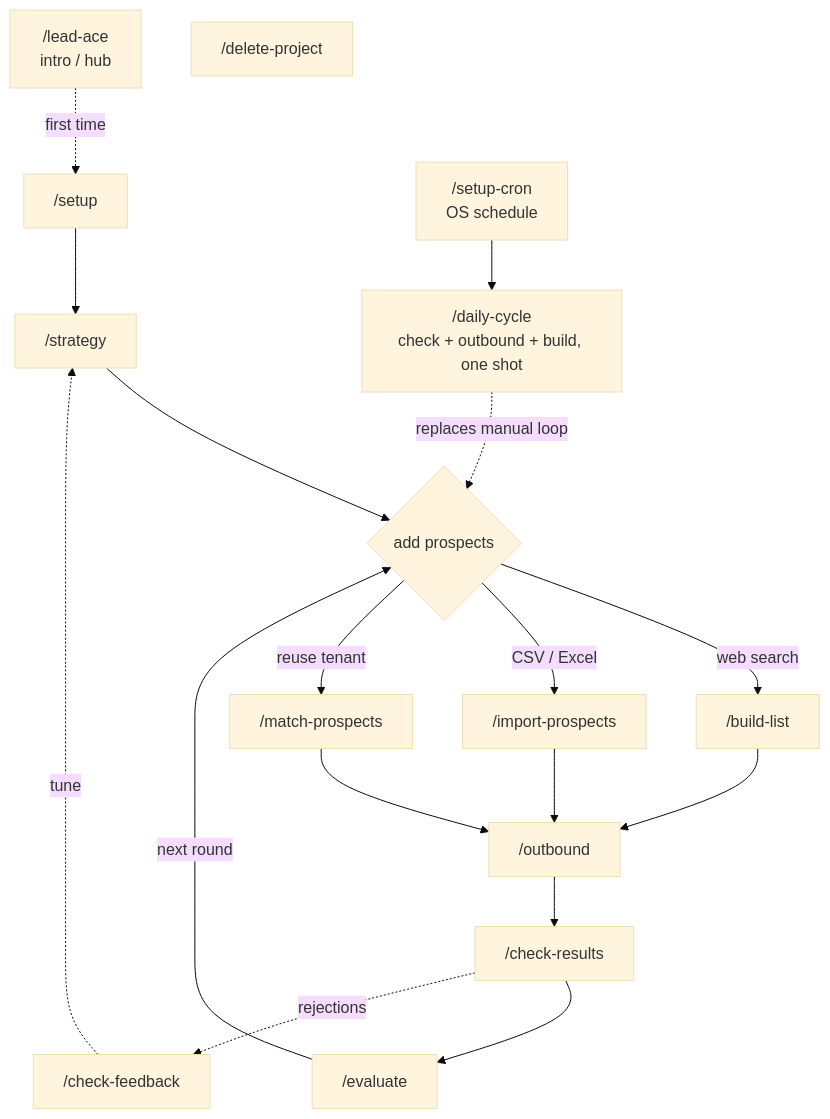
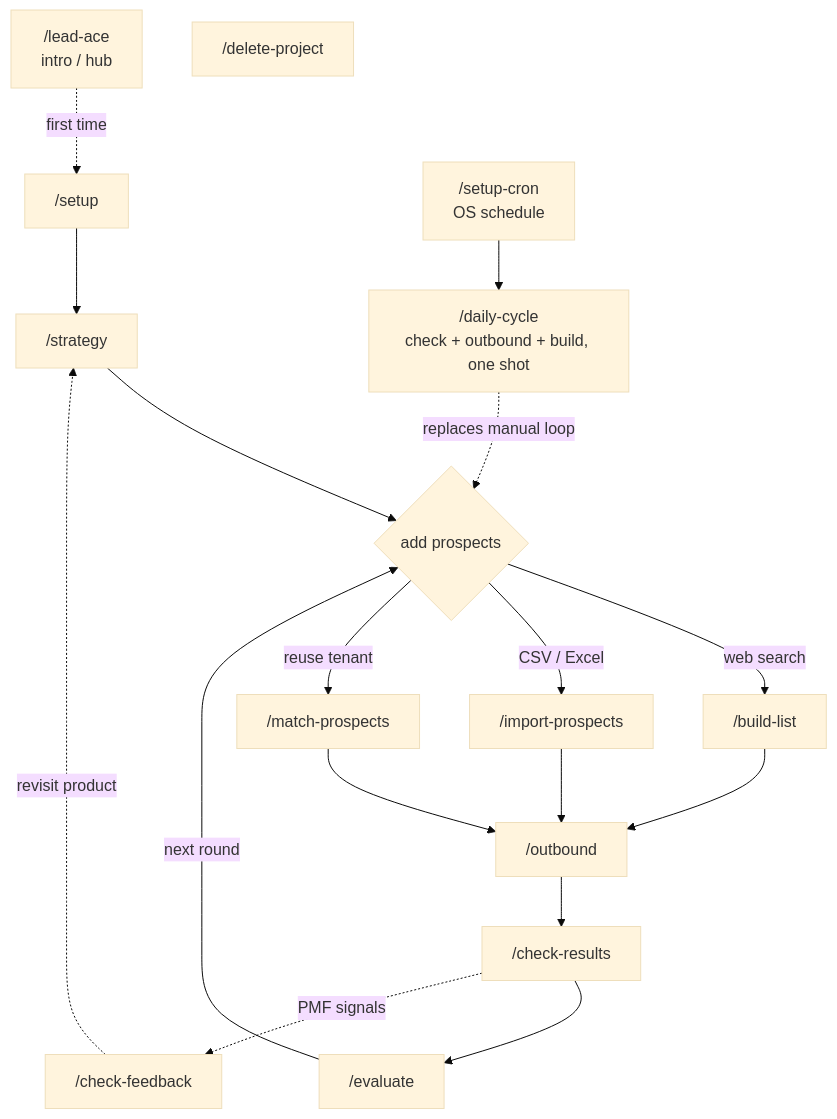
One commit to aitit-inc/lead-ace changed the diagram in README.md. Above: the diagram before and after it, drawn with Mermaid (base theme). The commit also changed other lines of this file and 3 other files, not shown here.

First line of the commit message:
refactor(check-feedback): scope to PMF reflection, defer tactical signals to evaluate

````diff
--- a/README.md
+++ b/README.md
@@ -72,27 +72,27 @@
 ```mermaid
 flowchart TD
   LA["/lead-ace<br/>intro / hub"] -. first time .-> SU
   SU["/setup"] --> ST["/strategy"]
   ST --> P{add prospects}
 
   P -- web search --> BL["/build-list"]
   P -- CSV / Excel --> IP["/import-prospects"]
   P -- reuse tenant --> MP["/match-prospects"]
 
   BL --> OB["/outbound"]
   IP --> OB
   MP --> OB
 
   OB --> CR["/check-results"]
   CR --> EV["/evaluate"]
   EV -- next round --> P
 
-  CR -. rejections .-> CF["/check-feedback"]
-  CF -. tune .-> ST
+  CR -. PMF signals .-> CF["/check-feedback"]
+  CF -. revisit product .-> ST
 
   DC["/daily-cycle<br/>check + outbound + build, one shot"]
   SC["/setup-cron<br/>OS schedule"] --> DC
   DC -. replaces manual loop .-> P
 
   DEL["/delete-project"]
 ```
````
